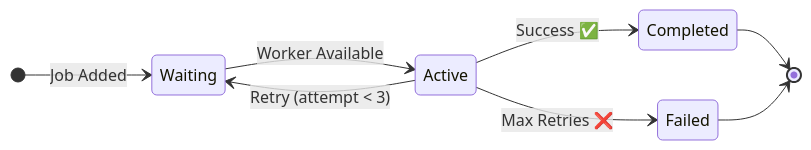
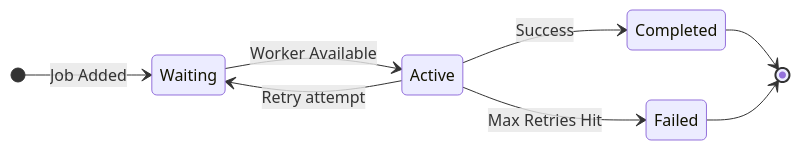
Diagram 17 of 21 in README.md (solydstore/inner_cnft_manager_heroku), drawn with Mermaid before and after one commit. The commit also changed other lines of this file, not shown here.

Commit message:
Fix Mermaid charts

````diff
--- a/README.md
+++ b/README.md
@@ -929,11 +943,11 @@
 ```mermaid
 stateDiagram-v2
     direction LR
     [*] --> Waiting: Job Added
     Waiting --> Active: Worker Available
-    Active --> Completed: Success ✅
-    Active --> Waiting: Retry (attempt < 3)
-    Active --> Failed: Max Retries ❌
+    Active --> Completed: Success
+    Active --> Waiting: Retry attempt
+    Active --> Failed: Max Retries Hit
     Completed --> [*]
     Failed --> [*]
 ```
````
